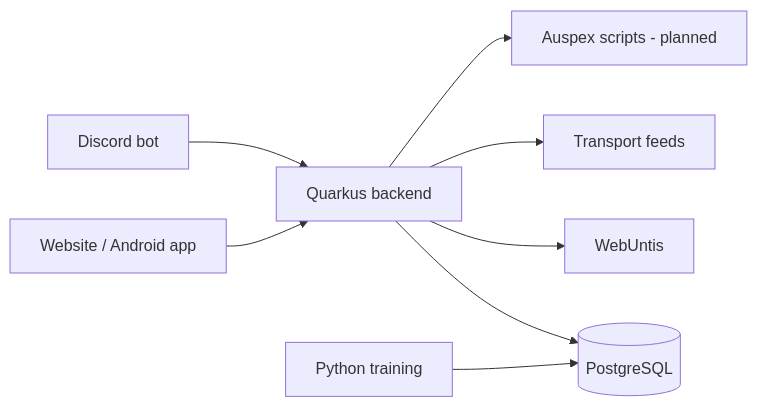
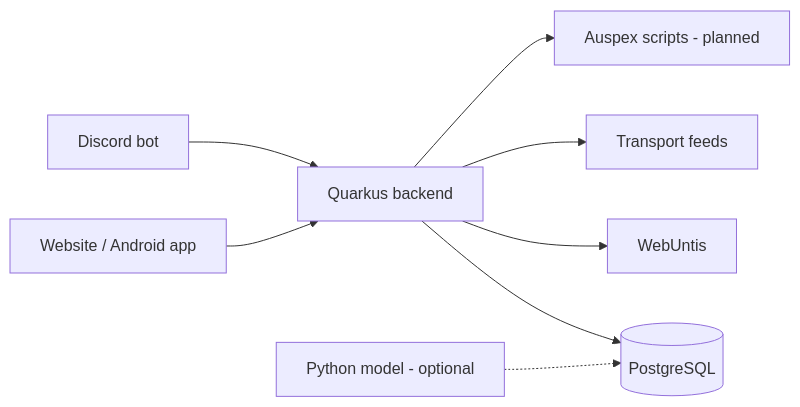
The second of 3 diagrams in docs/LeoWay-System-Specification.md (LPuehringerStudent/LeoWay), drawn with Mermaid before and after one commit. The commit also changed other lines of this file and 2 other files, not shown here.

Commit message:
docs: update January 2028 plan and optional model scope

````diff
--- a/docs/LeoWay-System-Specification.md
+++ b/docs/LeoWay-System-Specification.md
@@ -165,11 +154,11 @@
 ```mermaid
 %% architecture
 flowchart LR
   App[Website / Android app] --> API[Quarkus backend]
   Bot[Discord bot] --> API
   API --> DB[(PostgreSQL)]
   API --> W[WebUntis]
   API --> T[Transport feeds]
   API --> Rules[Auspex scripts - planned]
-  ML[Python training] --> DB
+  ML[Python model - optional] -.-> DB
 ```
````
